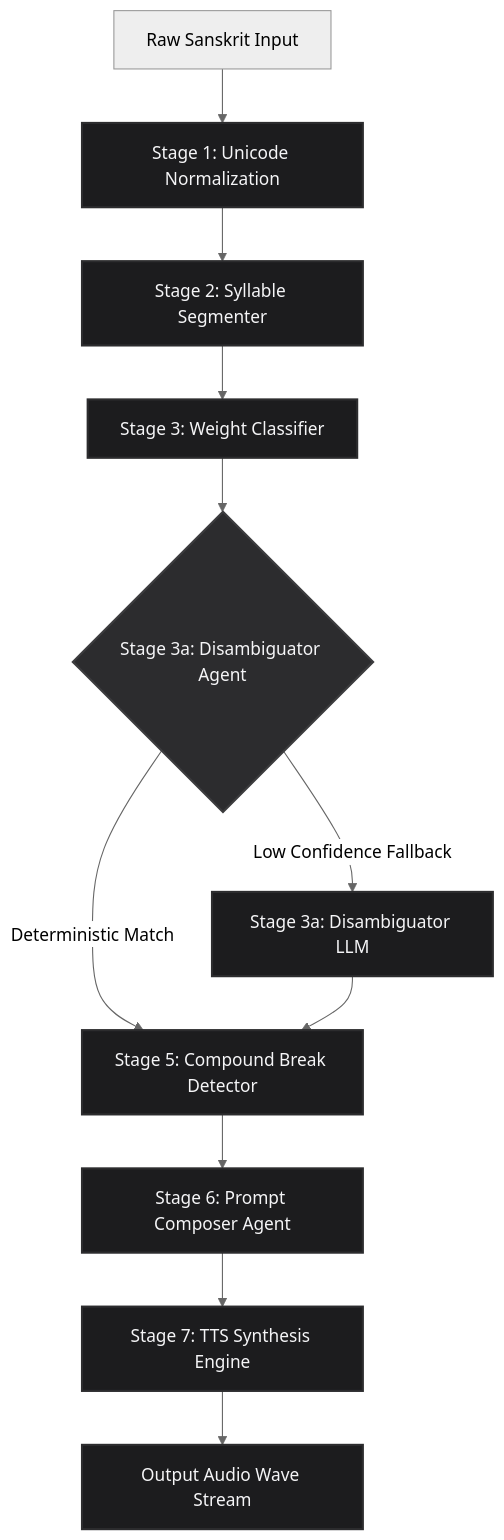
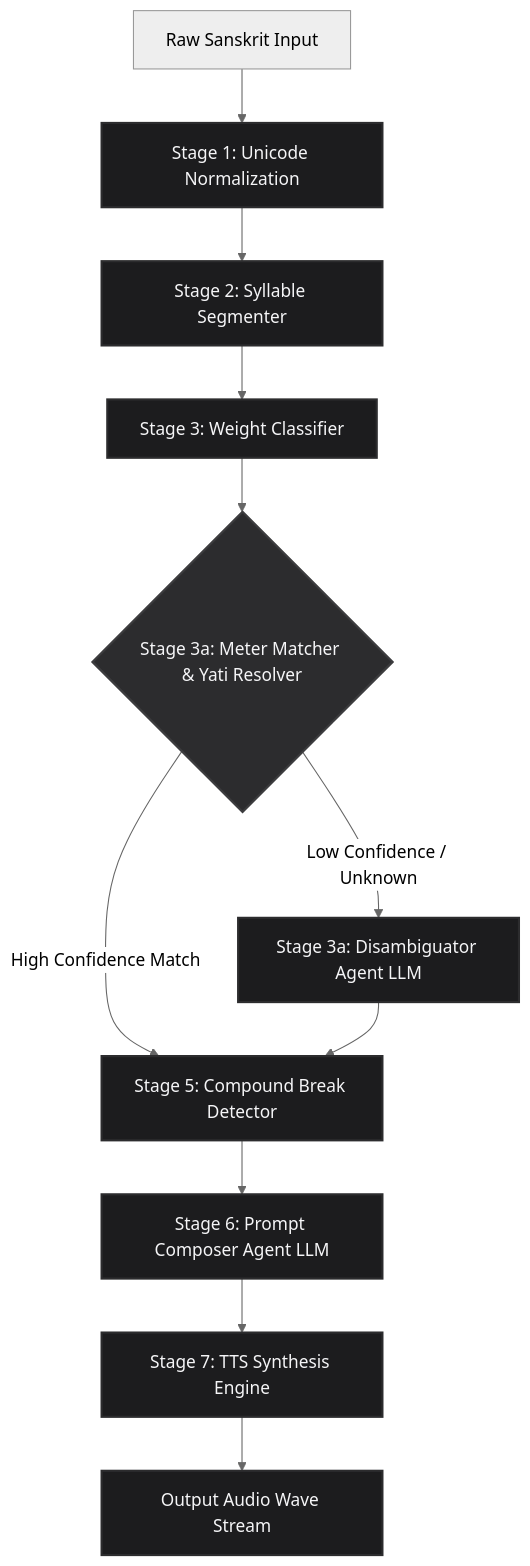
The diagram in README.md (NivedKris/CHANT), drawn with Mermaid (neutral theme) before and after one commit. The commit also changed other lines of this file, not shown here.

````diff
--- a/README.md
+++ b/README.md
@@ -23,23 +31,23 @@
 ```mermaid
 graph TD
     A[Raw Sanskrit Input] --> B[Stage 1: Unicode Normalization]
     B --> C[Stage 2: Syllable Segmenter]
     C --> D[Stage 3: Weight Classifier]
-    D --> E{Stage 3a: Disambiguator Agent}
-    E -->|Deterministic Match| F[Stage 5: Compound Break Detector]
-    E -->|Low Confidence Fallback| G[Stage 3a: Disambiguator LLM]
+    D --> E{Stage 3a: Meter Matcher & Yati Resolver}
+    E -->|High Confidence Match| F[Stage 5: Compound Break Detector]
+    E -->|Low Confidence / Unknown| G[Stage 3a: Disambiguator Agent LLM]
     G --> F
-    F --> H[Stage 6: Prompt Composer Agent]
+    F --> H[Stage 6: Prompt Composer Agent LLM]
     H --> I[Stage 7: TTS Synthesis Engine]
     I --> J[Output Audio Wave Stream]
     
     style B fill:#1c1c1e,stroke:#2c2c2e,stroke-width:2px,color:#f5f5f7
     style C fill:#1c1c1e,stroke:#2c2c2e,stroke-width:2px,color:#f5f5f7
     style D fill:#1c1c1e,stroke:#2c2c2e,stroke-width:2px,color:#f5f5f7
     style E fill:#2c2c2e,stroke:#3c3c3e,stroke-width:2px,color:#f5f5f7
     style G fill:#1c1c1e,stroke:#2c2c2e,stroke-width:2px,color:#f5f5f7
     style F fill:#1c1c1e,stroke:#2c2c2e,stroke-width:2px,color:#f5f5f7
     style H fill:#1c1c1e,stroke:#2c2c2e,stroke-width:2px,color:#f5f5f7
     style I fill:#1c1c1e,stroke:#2c2c2e,stroke-width:2px,color:#f5f5f7
     style J fill:#1c1c1e,stroke:#2c2c2e,stroke-width:2px,color:#f5f5f7
 ```
````
